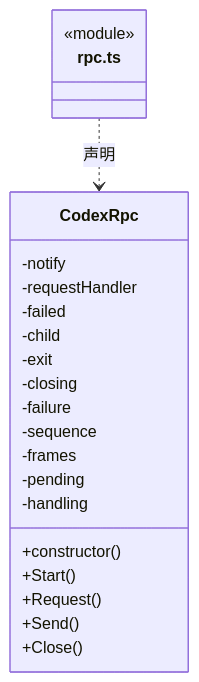
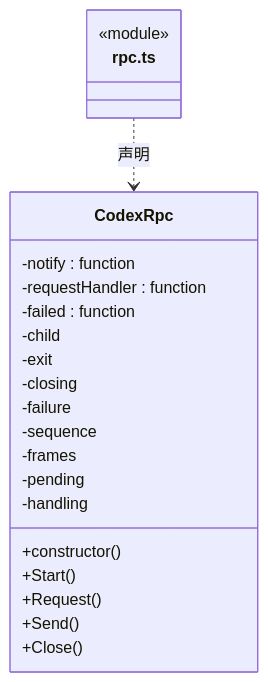
One commit to nan023062/cbim changed the seventh of 13 diagrams in src/logic/execution/engines/codex/ARCHITECTURE.md. Above: the diagram before and after it, drawn with Mermaid. The commit also changed other lines of this file and 137 other files, not shown here.

Commit message:
fix: align architecture generator with documentation standards

````diff
--- a/src/logic/execution/engines/codex/ARCHITECTURE.md
+++ b/src/logic/execution/engines/codex/ARCHITECTURE.md
@@ -270,25 +280,25 @@
 ```mermaid
 classDiagram
 class N_src_logic_execution_engines_codex_rpc_ts["rpc.ts"] {
   <<module>>
 }
 class N_src_logic_execution_engines_codex_rpc_ts_CodexRpc["CodexRpc"] {
   +constructor()
   +Start()
   +Request()
   +Send()
   +Close()
-  -notify
-  -requestHandler
-  -failed
+  -notify : function
+  -requestHandler : function
+  -failed : function
   -child
   -exit
   -closing
   -failure
   -sequence
   -frames
   -pending
   -handling
 }
 N_src_logic_execution_engines_codex_rpc_ts ..> N_src_logic_execution_engines_codex_rpc_ts_CodexRpc : 声明
 ```
````
